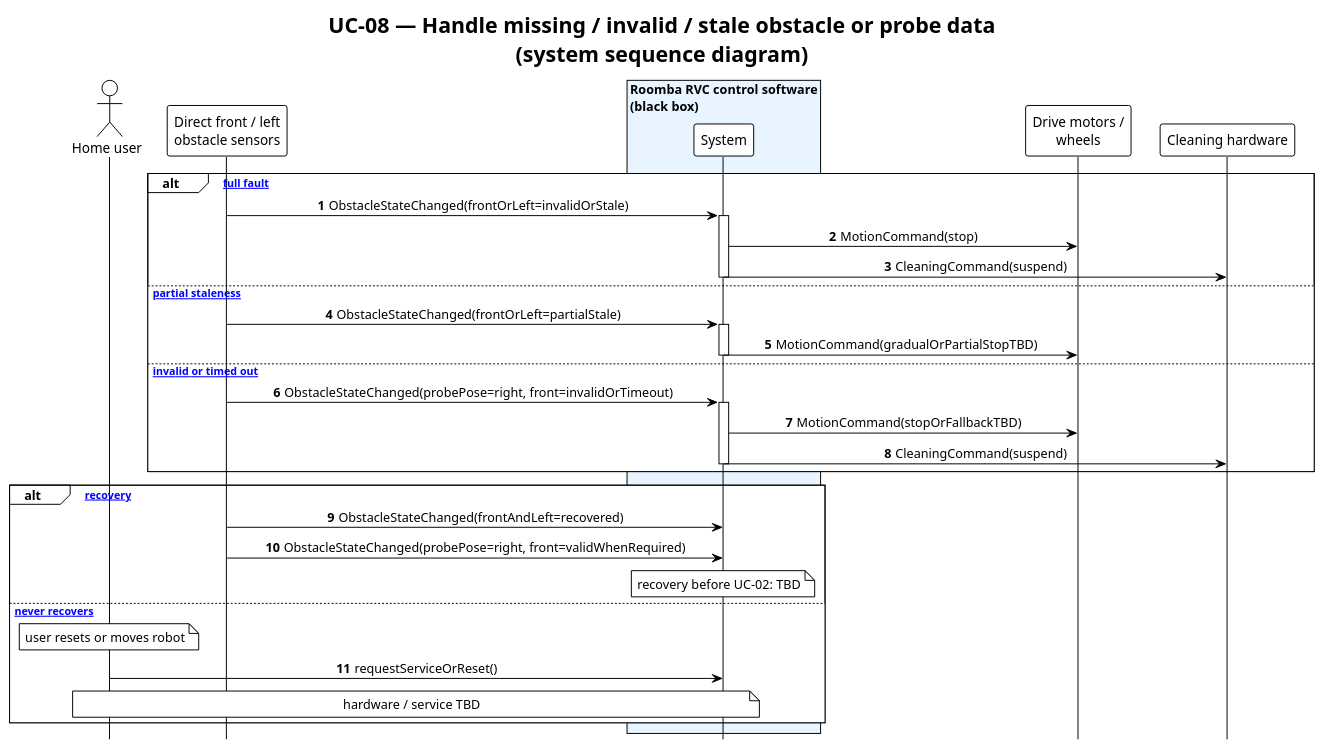
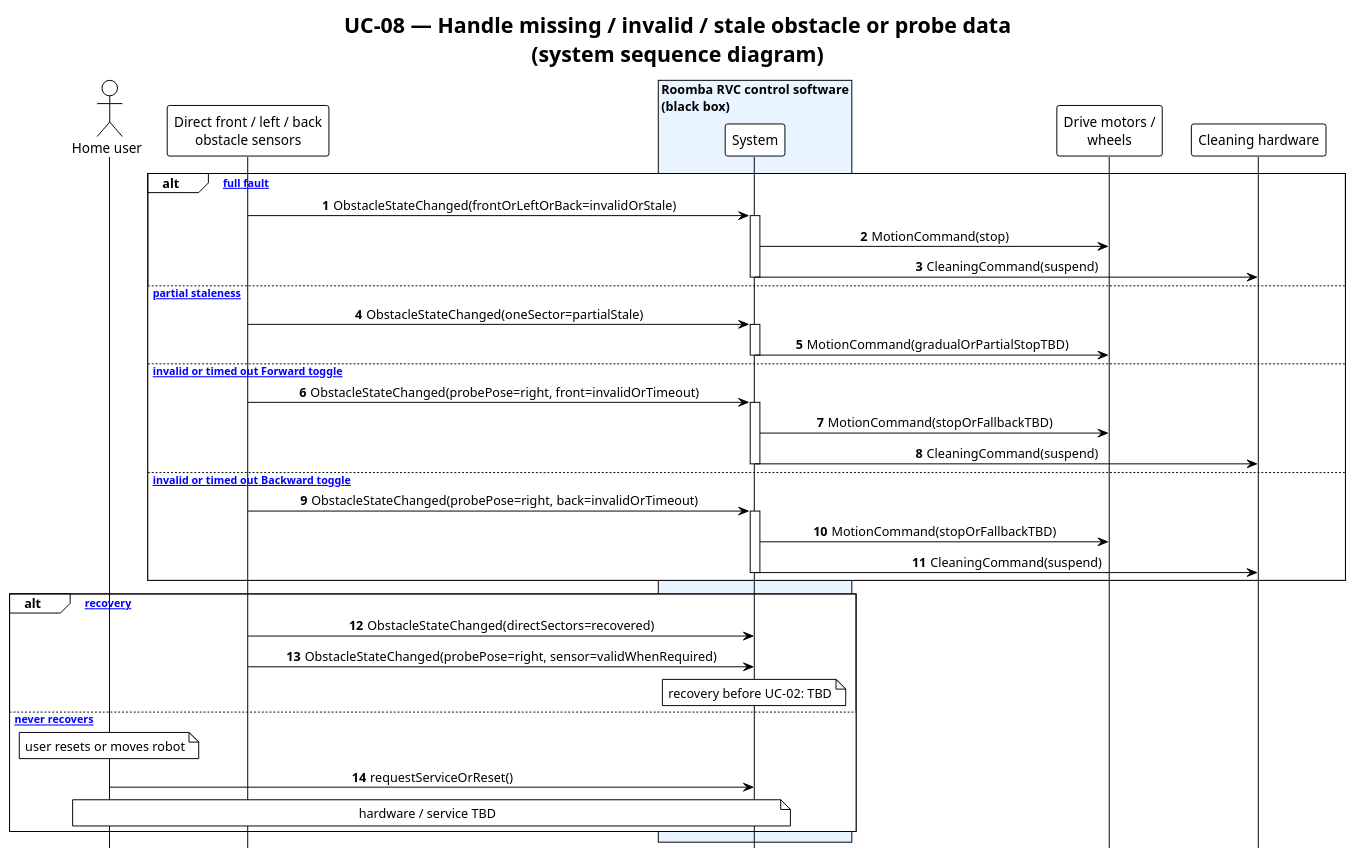
One commit to Deilise/OOAD-with-AI changed the diagram in 2nd ooad/03_diagrams/ssd/UC08_system_sequence.puml. Above: the diagram before and after it, drawn with PlantUML. The commit also changed 101 other files, not shown here.

First line of the commit message:
Align RVC stack to SRS/use-case v0.7.2 (travelToggle, back sensor, dust maneuver).

```diff
--- a/2nd ooad/03_diagrams/ssd/UC08_system_sequence.puml
+++ b/2nd ooad/03_diagrams/ssd/UC08_system_sequence.puml
@@ -1,48 +1,54 @@
 @startuml UC08_system_sequence
 !theme plain
 hide footbox
 skinparam sequenceMessageAlign center
 skinparam responseMessageBelowArrow true
 skinparam BoxPadding 10
 autonumber
 
 title UC-08 — Handle missing / invalid / stale obstacle or probe data\n(system sequence diagram)
 
 actor "Home user" as User
-participant "Direct front / left\nobstacle sensors" as Obs
+participant "Direct front / left / back\nobstacle sensors" as Obs
 box "Roomba RVC control software\n(black box)" #E8F4FF
   participant "System" as Sys
 end box
 participant "Drive motors /\nwheels" as Drv
 participant "Cleaning hardware" as Cln
 
 alt [typical full fault]
-  Obs -> Sys : ObstacleStateChanged(frontOrLeft=invalidOrStale)
+  Obs -> Sys : ObstacleStateChanged(frontOrLeftOrBack=invalidOrStale)
   activate Sys
   Sys -> Drv : MotionCommand(stop)
   Sys -> Cln : CleaningCommand(suspend)
   deactivate Sys
 else [A1 partial staleness]
-  Obs -> Sys : ObstacleStateChanged(frontOrLeft=partialStale)
+  Obs -> Sys : ObstacleStateChanged(oneSector=partialStale)
   activate Sys
   Sys -> Drv : MotionCommand(gradualOrPartialStopTBD)
   deactivate Sys
-else [probe invalid or timed out]
+else [probe invalid or timed out Forward toggle]
   Obs -> Sys : ObstacleStateChanged(probePose=right, front=invalidOrTimeout)
+  activate Sys
+  Sys -> Drv : MotionCommand(stopOrFallbackTBD)
+  Sys -> Cln : CleaningCommand(suspend)
+  deactivate Sys
+else [probe invalid or timed out Backward toggle]
+  Obs -> Sys : ObstacleStateChanged(probePose=right, back=invalidOrTimeout)
   activate Sys
   Sys -> Drv : MotionCommand(stopOrFallbackTBD)
   Sys -> Cln : CleaningCommand(suspend)
   deactivate Sys
 end
 
 alt [typical recovery]
-  Obs -> Sys : ObstacleStateChanged(frontAndLeft=recovered)
-  Obs -> Sys : ObstacleStateChanged(probePose=right, front=validWhenRequired)
+  Obs -> Sys : ObstacleStateChanged(directSectors=recovered)
+  Obs -> Sys : ObstacleStateChanged(probePose=right, sensor=validWhenRequired)
   note over Sys : recovery before UC-02: TBD
 else [E1 never recovers]
   note over User : user resets or moves robot
   User -> Sys : requestServiceOrReset()
   note over User, Sys : hardware / service TBD
 end
 
 @enduml
```
